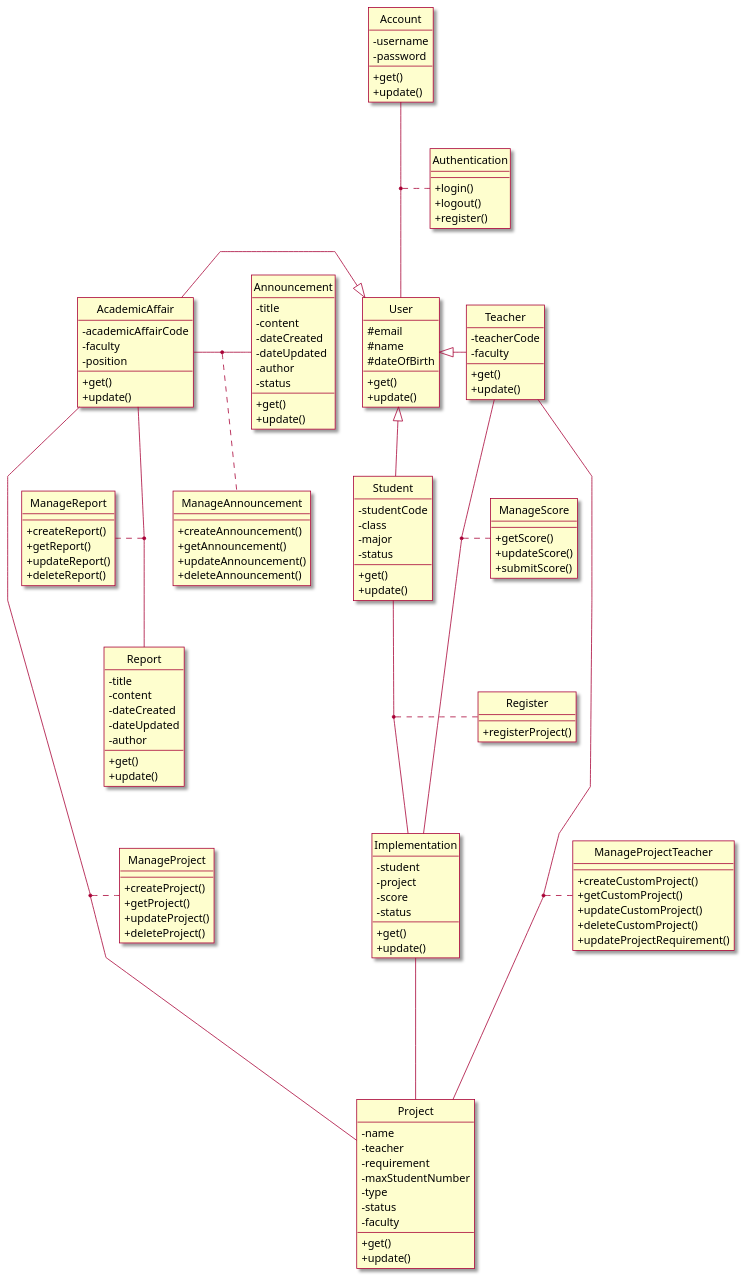
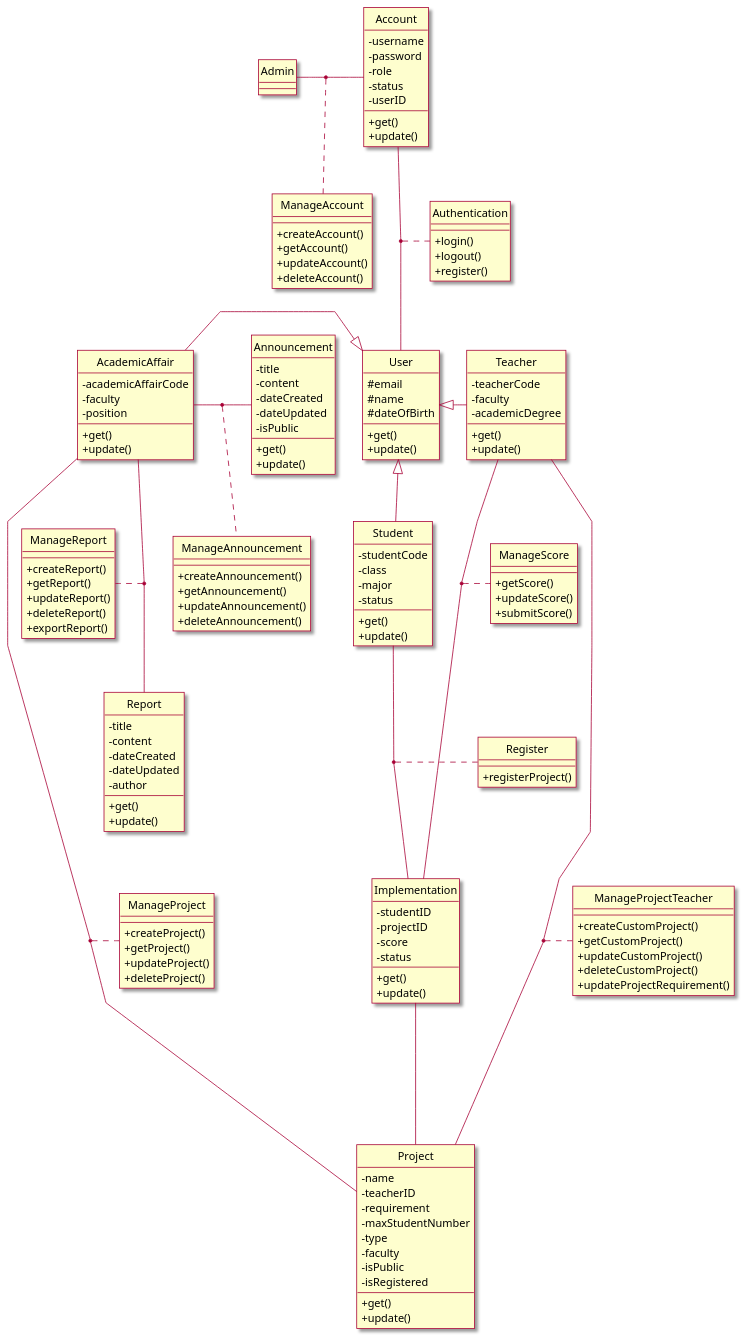
Before and after one commit to Marowota/SE100-plantuml: the diagram in Class Diagram/Class.puml, drawn with PlantUML.

Commit message:
Update class diagram

```diff
--- a/Class Diagram/Class.puml
+++ b/Class Diagram/Class.puml
@@ -1,161 +1,177 @@
 @startuml Class Diagram
 
 skin rose
 skinparam classAttributeIconSize 0
 ' skinparam linetype ortho
 skinparam linetype polyline
 hide circle
 
+class Admin {}
+
+class ManageAccount {
+    + createAccount()
+    + getAccount()
+    + updateAccount()
+    + deleteAccount()
+}
+
 class Account {
     - username
     - password
+    - role
+    - status
+    - userID
 
     + get()
     + update()
 }
 
 class User {
     # email
     # name
     # dateOfBirth
 
     + get()
     + update()
 }
 
 class Authentication {
     + login()
     + logout()
     + register()
 }
 
 class AcademicAffair {
     - academicAffairCode
     - faculty
     - position
 
     + get()
     + update()
 }
 
 class Student {
     - studentCode
     - class
     - major
     - status
 
     + get()
     + update()
 }
 
 class Teacher {
     - teacherCode
     - faculty
+    - academicDegree
 
     + get()
     + update()
 }
 
 class Announcement {
     - title
     - content
     - dateCreated
     - dateUpdated
-    - author
-    - status
+    - isPublic
 
     + get()
     + update()
 }
 
 class Report {
     - title
     - content
     - dateCreated
     - dateUpdated
     - author
 
     + get()
     + update()
 }
 
 class Project {
     - name
-    - teacher
+    - teacherID
     - requirement
     - maxStudentNumber
     - type
-    - status
     - faculty
+    - isPublic
+    - isRegistered
 
     + get()
     + update()
 }
 
 class ManageProject {
     + createProject()
     + getProject()
     + updateProject()
     + deleteProject()
 }
 
 class ManageProjectTeacher {
     + createCustomProject()
     + getCustomProject()
     + updateCustomProject()
     + deleteCustomProject()
     + updateProjectRequirement()
 }
 
 class Implementation {
-    - student
-    - project
+    - studentID
+    - projectID
     - score
     - status
 
     + get()
     + update()
 }
 
 class Register {
     + registerProject()
 }
 
 class ManageScore {
     + getScore()
     + updateScore()
     + submitScore()
 }
 
 class ManageReport {
     + createReport()
     + getReport()
     + updateReport()
     + deleteReport()
+    + exportReport()
 }
 
 class ManageAnnouncement {
     + createAnnouncement()
     + getAnnouncement()
     + updateAnnouncement()
     + deleteAnnouncement()
 }
 
 Account -- User
 (Account, User) .. Authentication
 Student  -up-^ User
 User ^-right- Teacher
 User ^-left- AcademicAffair
 Project -up- Implementation
 Student -down- Implementation
 (Student, Implementation) .. Register
 AcademicAffair -left- Announcement
 AcademicAffair -up- Report
 AcademicAffair ---- Project
 (AcademicAffair, Project) .... ManageProject
 Teacher ---- Project
 (Teacher, Project) .... ManageProjectTeacher
 (Teacher, Implementation) .... ManageScore
 ManageReport .. (AcademicAffair, Report)
 (AcademicAffair, Announcement) .. ManageAnnouncement
+Admin -right- Account
+(Admin, Account) .. ManageAccount
 @enduml
```
